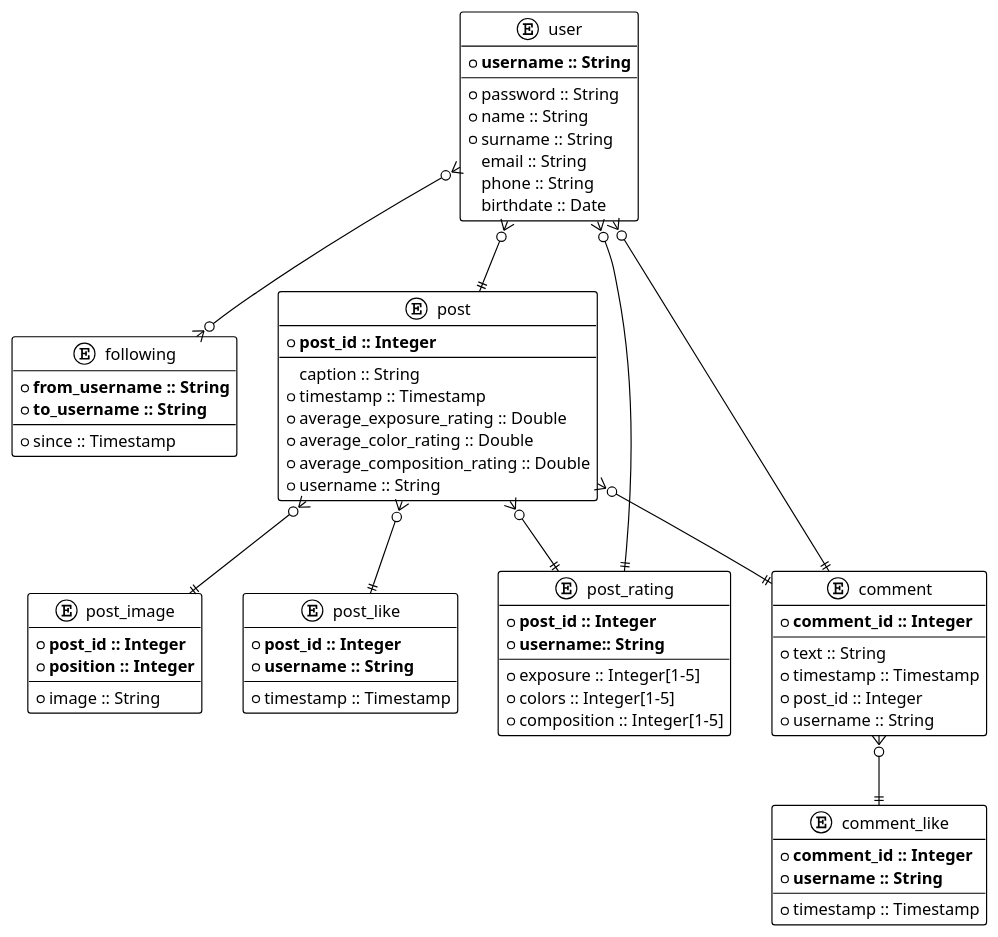
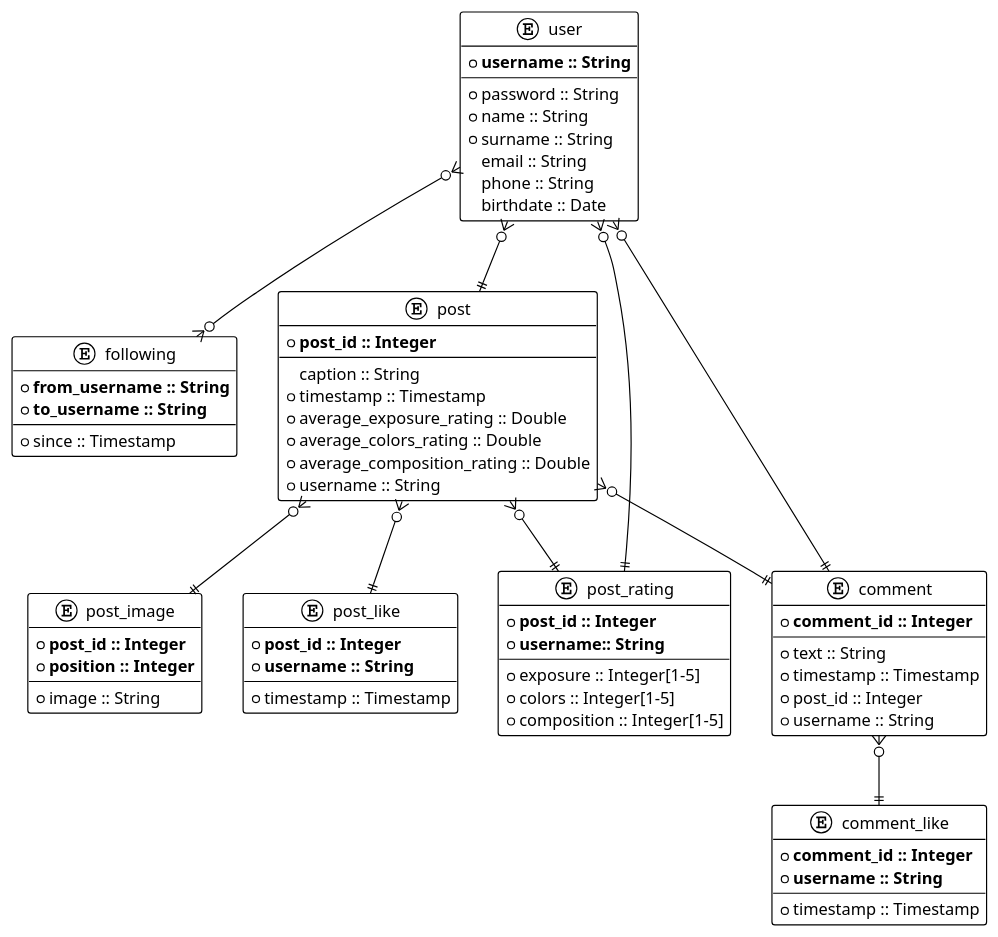
The diagram in db_project/er.plantuml (ValentinaPieri/lipho), drawn with PlantUML before and after one commit. The commit also changed 1 other file, not shown here.

```diff
--- a/db_project/er.plantuml
+++ b/db_project/er.plantuml
@@ -1,82 +1,82 @@
 @startuml Lipho DB ER Diagram
 !theme plain
 
 entity user {
     * **username :: String**
     --
     * password :: String
     * name :: String
     * surname :: String
     email :: String
     phone :: String
     birthdate :: Date
 }
 
 entity following {
     * **from_username :: String**
     * **to_username :: String**
     --
     * since :: Timestamp
 }
 
 entity post {
     * **post_id :: Integer**
     --
     caption :: String
     * timestamp :: Timestamp
     * average_exposure_rating :: Double
-    * average_color_rating :: Double
+    * average_colors_rating :: Double
     * average_composition_rating :: Double
     * username :: String
 }
 
 entity post_image {
     * **post_id :: Integer**
     * **position :: Integer**
     --
     * image :: String
 }
 
 entity post_like {
     * **post_id :: Integer**
     * **username :: String**
     --
     * timestamp :: Timestamp
 }
 
 entity post_rating {
     * **post_id :: Integer**
     * **username:: String**
     --
     * exposure :: Integer[1-5]
     * colors :: Integer[1-5]
     * composition :: Integer[1-5]
 }
 
 entity comment {
     * **comment_id :: Integer**
     --
     * text :: String
     * timestamp :: Timestamp
     * post_id :: Integer
     * username :: String
 }
 
 entity comment_like {
     * **comment_id :: Integer**
     * **username :: String**
     --
     * timestamp :: Timestamp
 }
 
 user }o--o{ following
 user }o--|| post
 post }o--|| post_image
 post }o--|| post_rating
 post }o--|| comment
 post }o--|| post_like
 post_rating ||--o{ user
 comment ||--o{ user
 comment }o--|| comment_like
 
 @enduml
```
